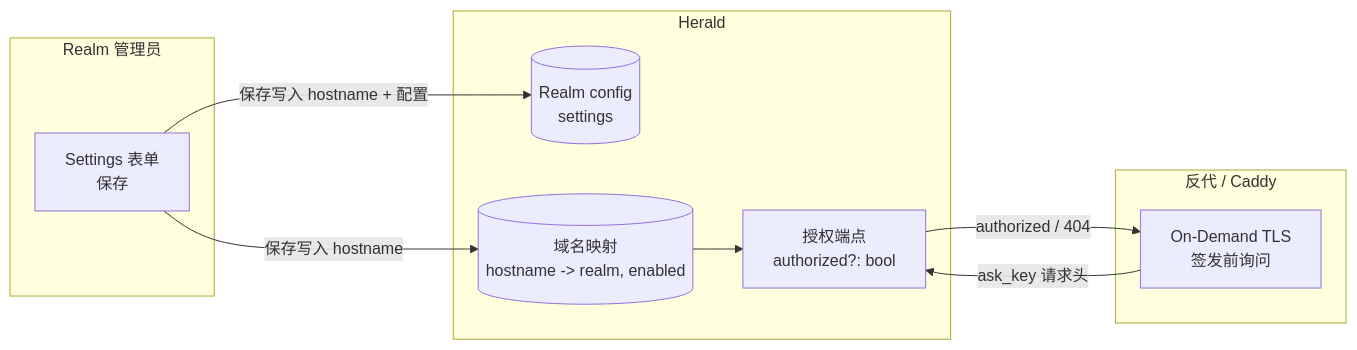
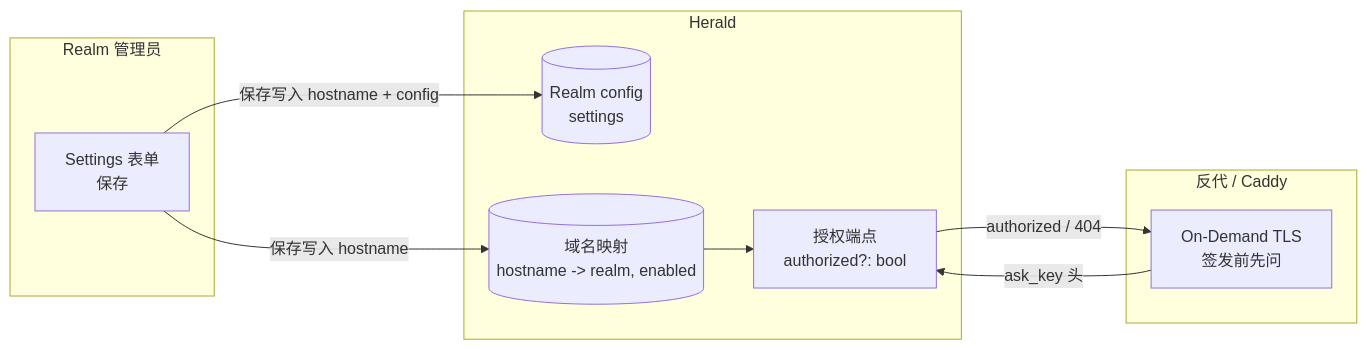
One commit to ansonTGN/herald changed the diagram in docs-web/content/docs/zh/realm-custom-domain.mdx. Above: the diagram before and after it, drawn with Mermaid. The commit also changed other lines of this file and 47 other files, not shown here.

````diff
--- a/docs-web/content/docs/zh/realm-custom-domain.mdx
+++ b/docs-web/content/docs/zh/realm-custom-domain.mdx
@@ -65,22 +72,22 @@
 ```mermaid
 flowchart LR
     subgraph Admin[Realm 管理员]
         UI[Settings 表单<br/>保存]
     end
 
     subgraph Herald
         CFG[(Realm config<br/>settings)]
         MAP[(域名映射<br/>hostname -> realm, enabled)]
         ASK[授权端点<br/>authorized?: bool]
     end
 
     subgraph Proxy[反代 / Caddy]
-        TLS[On-Demand TLS<br/>签发前询问]
+        TLS[On-Demand TLS<br/>签发前先问]
     end
 
-    UI -->|保存写入 hostname + 配置| CFG
+    UI -->|保存写入 hostname + config| CFG
     UI -->|保存写入 hostname| MAP
     MAP --> ASK
-    TLS -->|ask_key 请求头| ASK
+    TLS -->|ask_key 头| ASK
     ASK -->|authorized / 404| TLS
 ```
````
